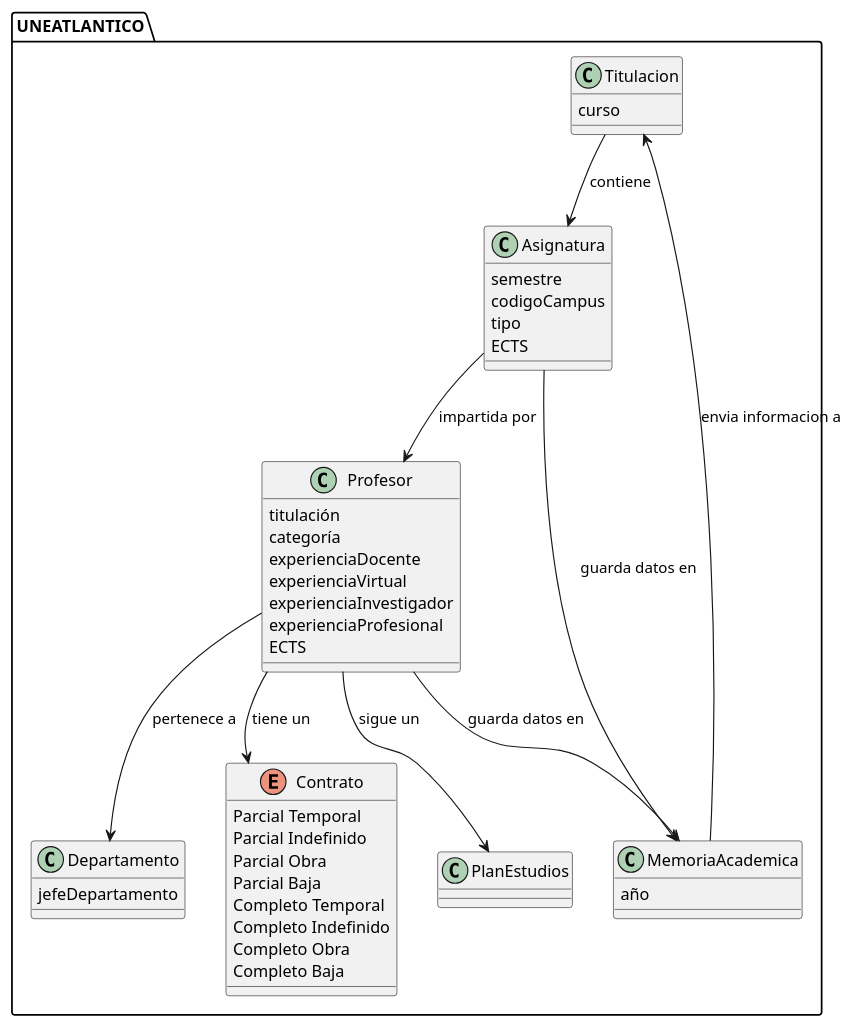
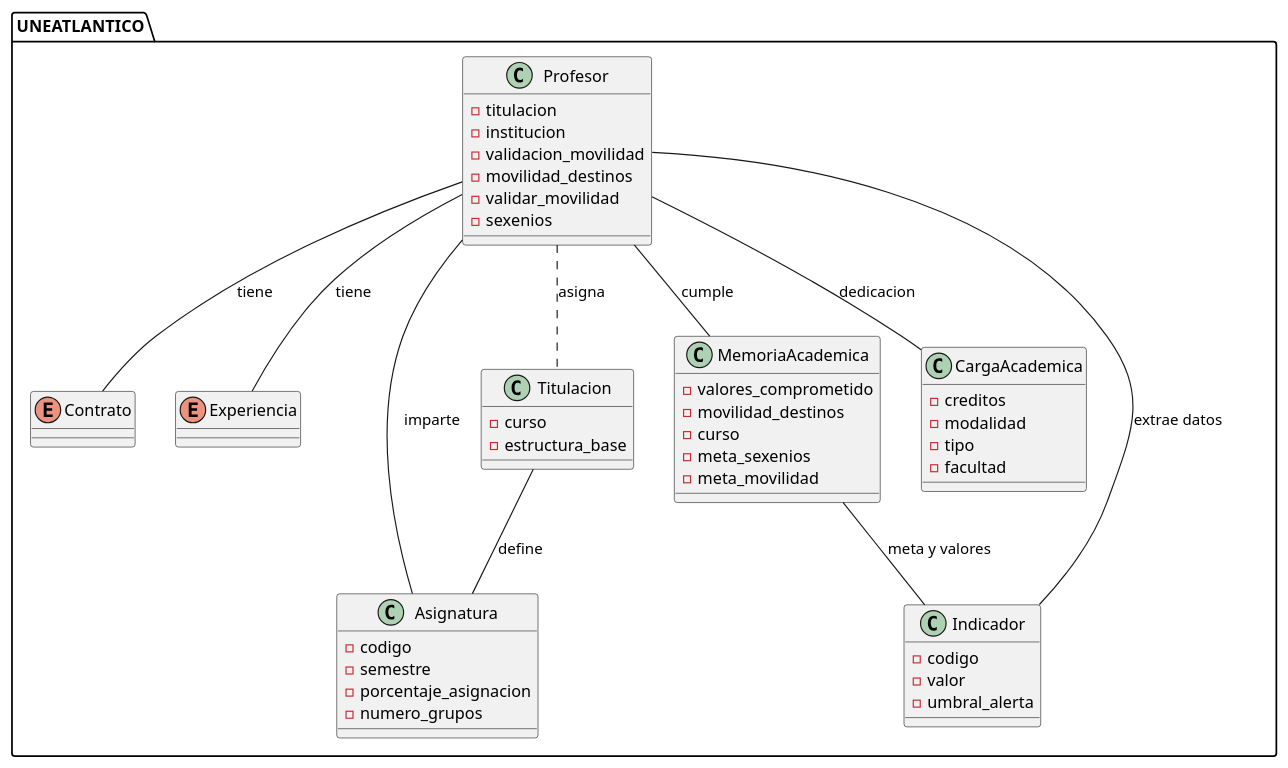
Before and after one commit to mmasias/24-25-IdSw1-SDR: the diagram in modelosUML/diagramaDeClases.puml, drawn with PlantUML. The commit also changed 1 other file, not shown here.

Commit message:
PropuestaDiagramaClases

```diff
--- a/modelosUML/diagramaDeClases.puml
+++ b/modelosUML/diagramaDeClases.puml
@@ -1,60 +1,60 @@
 @startuml
-package UNEATLANTICO{
+package "UNEATLANTICO" {
+    class Profesor {
+        - titulacion
+        - institucion
+        - validacion_movilidad
+        - movilidad_destinos
+        - validar_movilidad
+        - sexenios
+    }
 
-class Titulacion{
-curso
+    enum Contrato {
+    }
+    enum Experiencia {
+    }
+
+    class Asignatura {
+        - codigo
+        - semestre
+        - porcentaje_asignacion
+        - numero_grupos
+    }
+
+    class Titulacion {
+        - curso
+        - estructura_base
+    }
+
+    class MemoriaAcademica {
+        - valores_comprometido
+        - movilidad_destinos
+        - curso
+        - meta_sexenios
+        - meta_movilidad
+    }
+
+    class Indicador {
+        - codigo
+        - valor
+        - umbral_alerta
+    }
+
+    class CargaAcademica {
+        - creditos
+        - modalidad
+        - tipo
+        - facultad
+    }
+
+    Profesor -- Contrato : tiene
+    Profesor -- Experiencia : tiene
+    Profesor -- CargaAcademica : dedicacion
+    Profesor .. Titulacion : asigna
+    Profesor -- Asignatura : imparte
+    Profesor -- MemoriaAcademica : cumple
+    MemoriaAcademica -- Indicador : meta y valores
+    Indicador -- Profesor : extrae datos
+    Titulacion -- Asignatura : define
 }
-
-class Departamento{
-jefeDepartamento
-
-}
-
-class Profesor{
-titulación
-categoría
-experienciaDocente
-experienciaVirtual
-experienciaInvestigador
-experienciaProfesional 
-ECTS
-}
-
-Enum Contrato{
-Parcial Temporal
-Parcial Indefinido
-Parcial Obra
-Parcial Baja
-Completo Temporal
-Completo Indefinido
-Completo Obra
-Completo Baja
-}
-
-class Asignatura{ 
-semestre 
-codigoCampus
-tipo 
-ECTS 
-}
-
-class PlanEstudios{
-}
-
-class MemoriaAcademica{
-año
-}
-
-
-}
-
-Titulacion --> Asignatura : contiene
-Asignatura --> Profesor : impartida por
-Profesor --> Departamento : pertenece a
-Profesor --> Contrato : tiene un
-Profesor --> PlanEstudios : sigue un 
-MemoriaAcademica --> Titulacion : envia informacion a 
-Asignatura --> MemoriaAcademica : guarda datos en
-Profesor --> MemoriaAcademica : guarda datos en 
-
 @enduml
```
